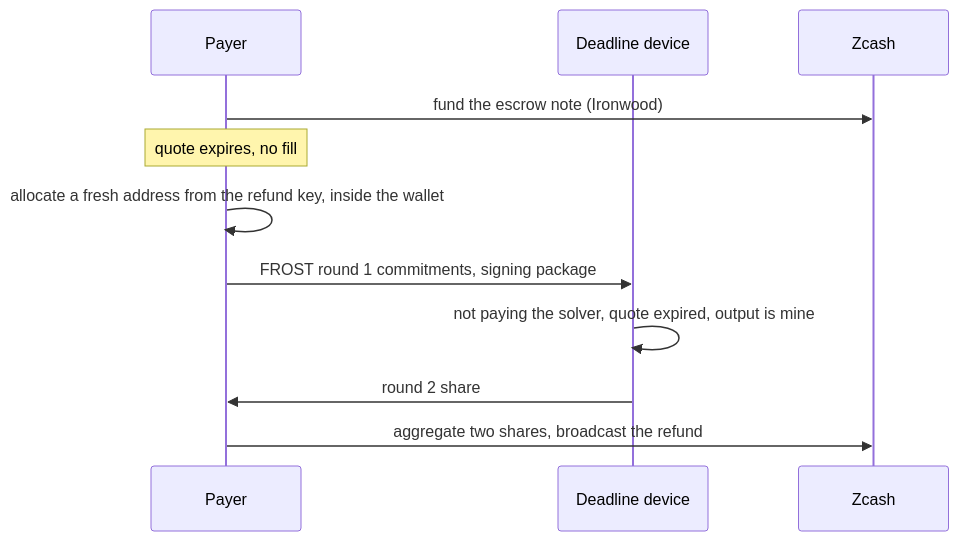
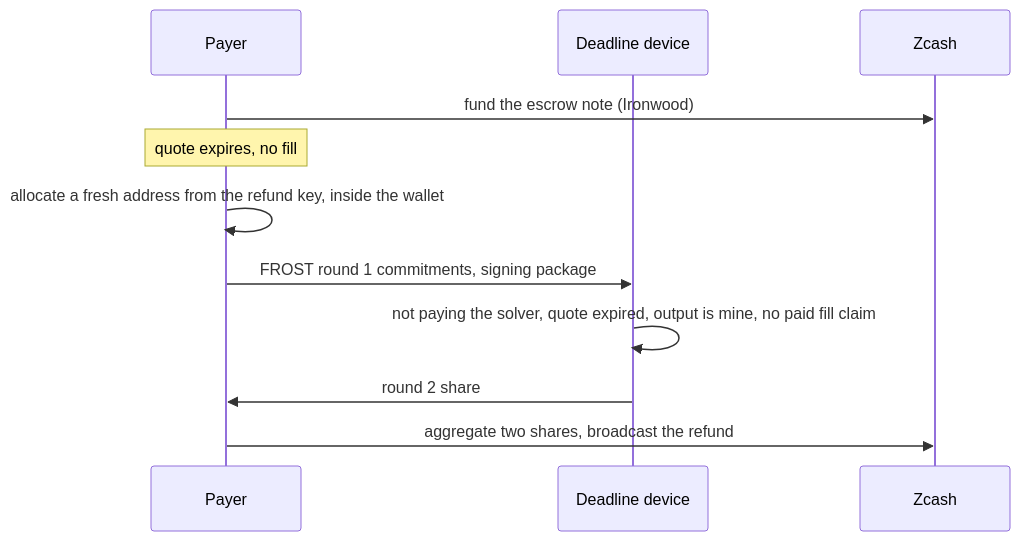
The second of 2 diagrams in README.md (lancekrogers/ironwood-intent-escrow), drawn with Mermaid before and after one commit. The commit also changed other lines of this file and 6 other files, not shown here.

Commit message:
[obey-agent-economy:1f270d35-FE-ZS0001] feat(refund): rerun the testnet refund under the fill-claim guard, which refused the paid fill quote as quote_paid before funding, and record its log for the demo

````diff
--- a/README.md
+++ b/README.md
@@ -94,14 +96,14 @@
 ```mermaid
 sequenceDiagram
     participant P as Payer
     participant D as Deadline device
     participant Z as Zcash
 
     P->>Z: fund the escrow note (Ironwood)
     Note over P: quote expires, no fill
     P->>P: allocate a fresh address from the refund key, inside the wallet
     P->>D: FROST round 1 commitments, signing package
-    D->>D: not paying the solver, quote expired, output is mine
+    D->>D: not paying the solver, quote expired, output is mine, no paid fill claim
     D->>P: round 2 share
     P->>Z: aggregate two shares, broadcast the refund
 ```
````
